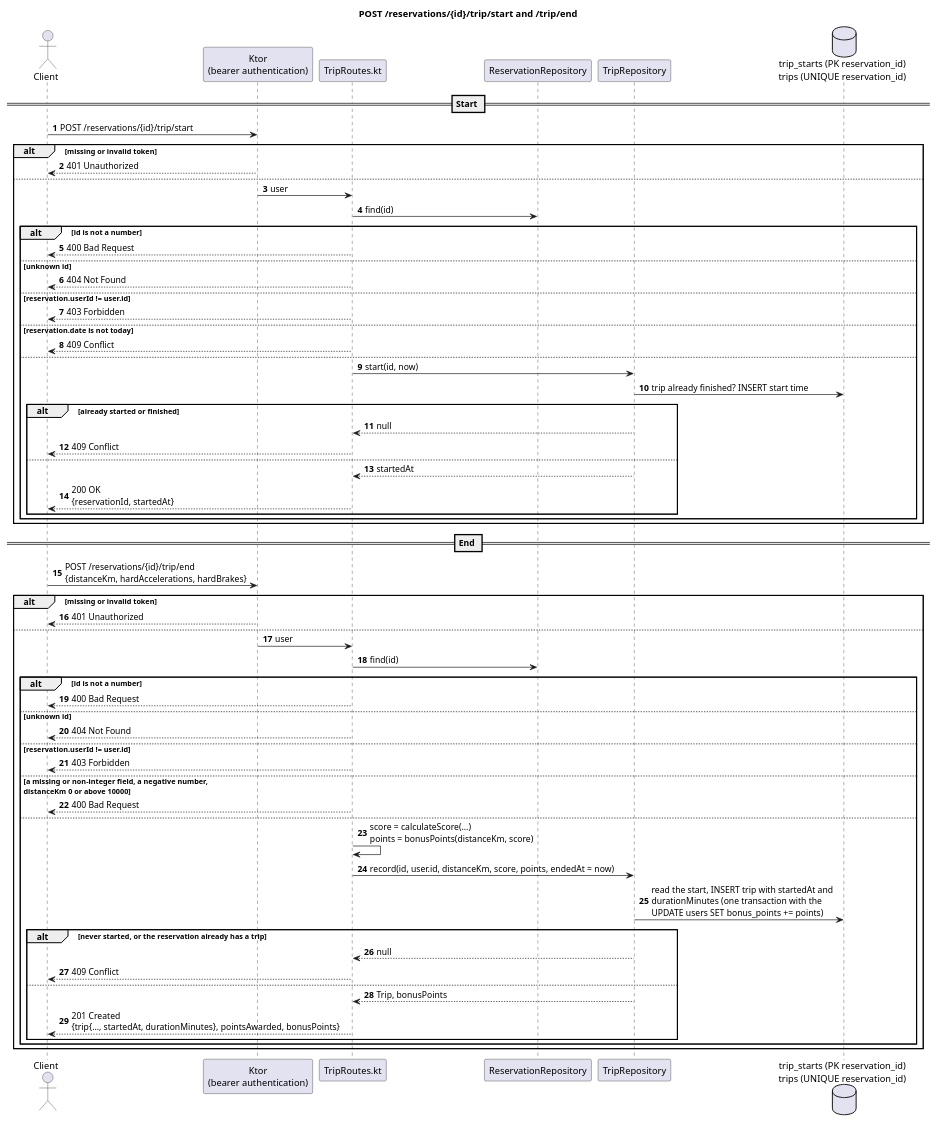
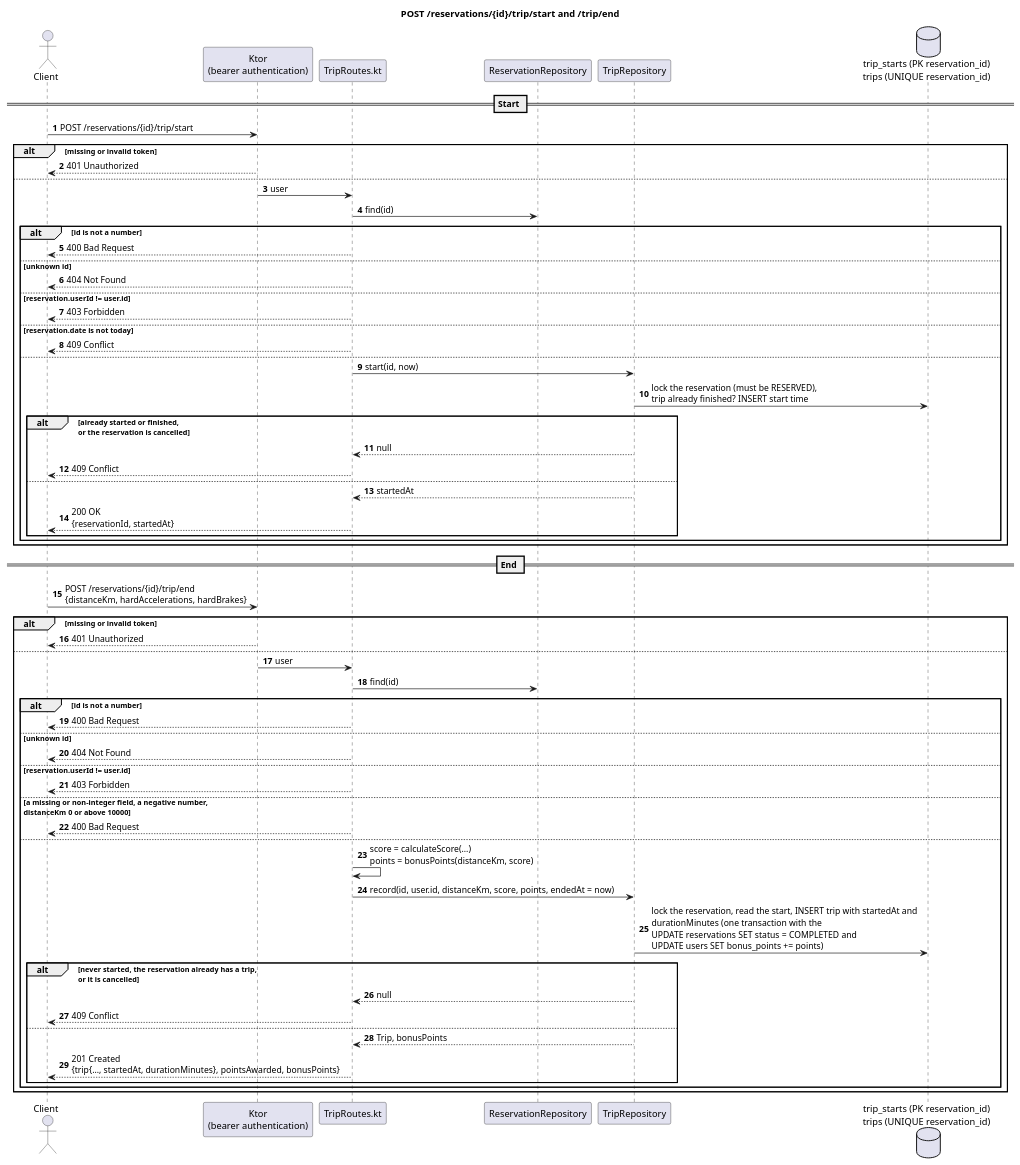
One commit to Rent-a-car-38291/rent-a-car changed the diagram in docs/diagrams/sequence-start-end-trip.puml. Above: the diagram before and after it, drawn with PlantUML. The commit also changed 25 other files, not shown here.

First line of the commit message:
feat: give a reservation a status and list your reservations (#120)

```diff
--- a/docs/diagrams/sequence-start-end-trip.puml
+++ b/docs/diagrams/sequence-start-end-trip.puml
@@ -1,69 +1,69 @@
 @startuml
 title POST /reservations/{id}/trip/start and /trip/end
 autonumber
 
 actor Client
 participant "Ktor\n(bearer authentication)" as Auth
 participant "TripRoutes.kt" as Route
 participant "ReservationRepository" as Reservations
 participant "TripRepository" as Repo
 database "trip_starts (PK reservation_id)\ntrips (UNIQUE reservation_id)" as Db
 
 == Start ==
 Client -> Auth : POST /reservations/{id}/trip/start
 alt missing or invalid token
   Auth --> Client : 401 Unauthorized
 else
   Auth -> Route : user
   Route -> Reservations : find(id)
   alt id is not a number
     Route --> Client : 400 Bad Request
   else unknown id
     Route --> Client : 404 Not Found
   else reservation.userId != user.id
     Route --> Client : 403 Forbidden
   else reservation.date is not today
     Route --> Client : 409 Conflict
   else
     Route -> Repo : start(id, now)
-    Repo -> Db : trip already finished? INSERT start time
-    alt already started or finished
+    Repo -> Db : lock the reservation (must be RESERVED),\ntrip already finished? INSERT start time
+    alt already started or finished,\nor the reservation is cancelled
       Repo --> Route : null
       Route --> Client : 409 Conflict
     else
       Repo --> Route : startedAt
       Route --> Client : 200 OK\n{reservationId, startedAt}
     end
   end
 end
 
 == End ==
 Client -> Auth : POST /reservations/{id}/trip/end\n{distanceKm, hardAccelerations, hardBrakes}
 alt missing or invalid token
   Auth --> Client : 401 Unauthorized
 else
   Auth -> Route : user
   Route -> Reservations : find(id)
   alt id is not a number
     Route --> Client : 400 Bad Request
   else unknown id
     Route --> Client : 404 Not Found
   else reservation.userId != user.id
     Route --> Client : 403 Forbidden
   else a missing or non-integer field, a negative number,\ndistanceKm 0 or above 10000
     Route --> Client : 400 Bad Request
   else
     Route -> Route : score = calculateScore(...)\npoints = bonusPoints(distanceKm, score)
     Route -> Repo : record(id, user.id, distanceKm, score, points, endedAt = now)
-    Repo -> Db : read the start, INSERT trip with startedAt and\ndurationMinutes (one transaction with the\nUPDATE users SET bonus_points += points)
-    alt never started, or the reservation already has a trip
+    Repo -> Db : lock the reservation, read the start, INSERT trip with startedAt and\ndurationMinutes (one transaction with the\nUPDATE reservations SET status = COMPLETED and\nUPDATE users SET bonus_points += points)
+    alt never started, the reservation already has a trip,\nor it is cancelled
       Repo --> Route : null
       Route --> Client : 409 Conflict
     else
       Repo --> Route : Trip, bonusPoints
       Route --> Client : 201 Created\n{trip{..., startedAt, durationMinutes}, pointsAwarded, bonusPoints}
     end
   end
 end
 
 @enduml
```
